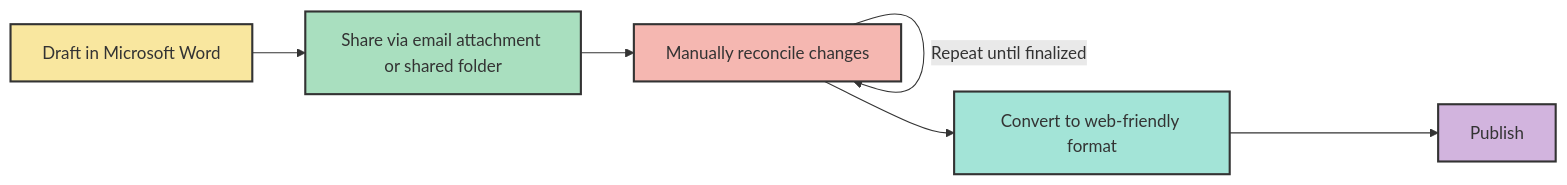
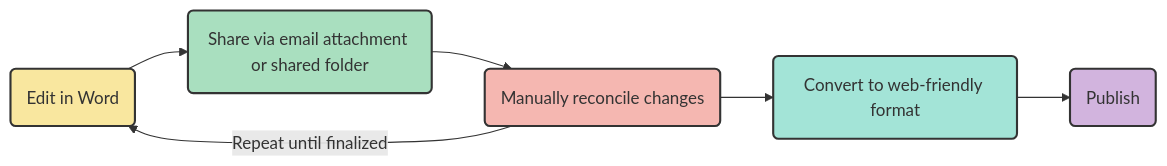
Before and after one commit to buckeye43210/markdown-to-snowkb: the first of 10 diagrams in README.md, drawn with Mermaid. The commit also changed other lines of this file, not shown here.

```diff
--- a/README.md
+++ b/README.md
@@ -157,20 +150,21 @@
 ~~~mermaid
 graph LR
-    A[Draft in Microsoft Word] --> B[Share via email attachment or shared folder]
-    B --> C[Manually reconcile changes]
-    C -->|Repeat until finalized| C
-    C --> D[Convert to web-friendly format]
-    D --> E[Publish]
+    A(Edit in Word)
+    A --> B(Share via email attachment or shared folder)
+    B --> C(Manually reconcile changes)
+    C -->|Repeat until finalized| A
+    C --> D(Convert to web-friendly format)
+    D --> E(Publish)
 
     classDef draft fill:#f9e79f,stroke:#333,stroke-width:2px;
     classDef share fill:#a9dfbf,stroke:#333,stroke-width:2px;
     classDef reconcile fill:#f5b7b1,stroke:#333,stroke-width:2px;
     classDef convert fill:#a3e4d7,stroke:#333,stroke-width:2px;
     classDef publish fill:#d2b4de,stroke:#333,stroke-width:2px;
 
     class A draft;
     class B share;
     class C reconcile;
     class D convert;
     class E publish;
 ~~~
```
